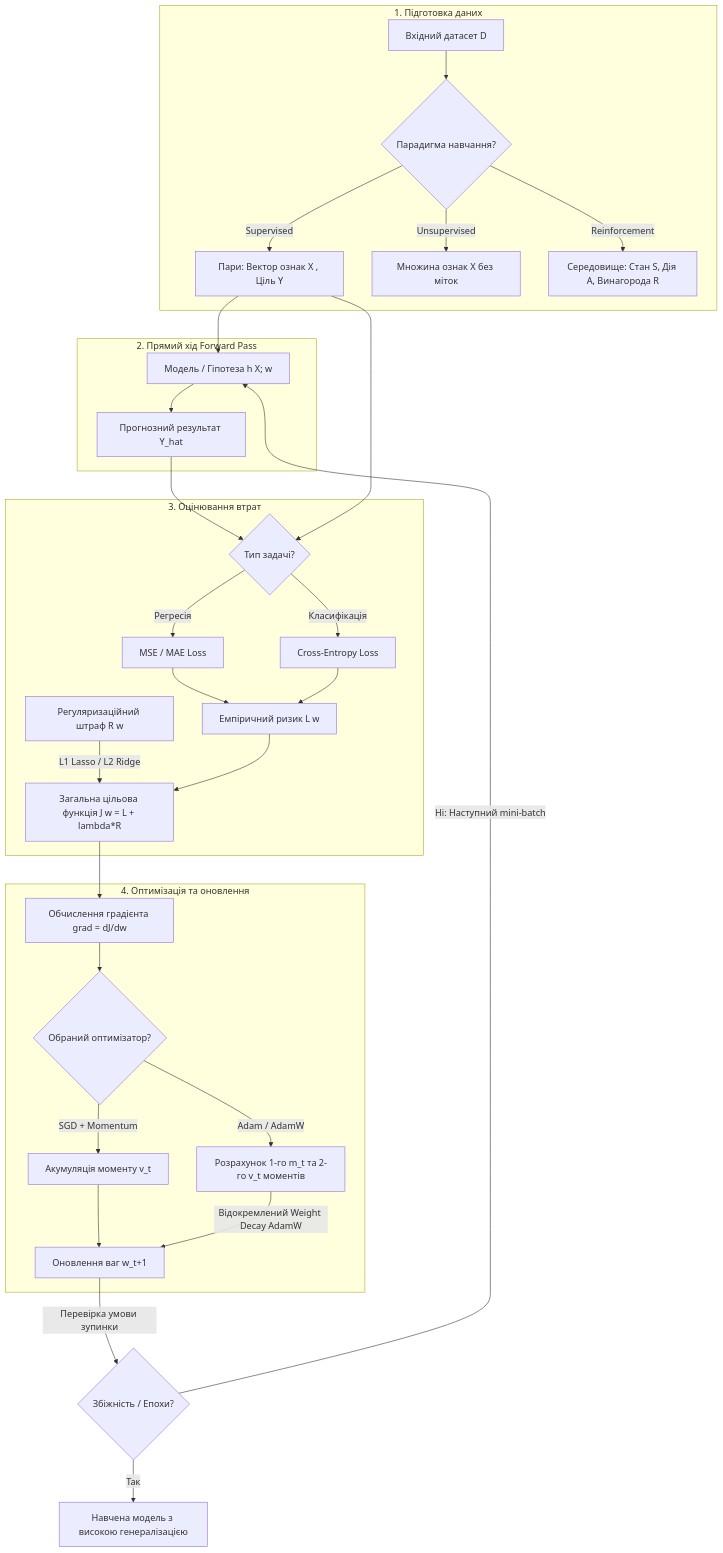
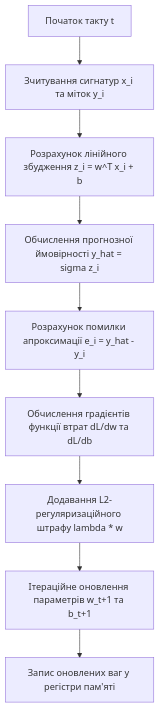
One commit to KyryloVadurin/computational-processes-ai changed the sixth of 6 diagrams in docs/lk/lk6.md. Above: the diagram before and after it, drawn with Mermaid. The commit also changed other lines of this file, not shown here.

````diff
--- a/docs/lk/lk6.md
+++ b/docs/lk/lk6.md
@@ -160,40 +558,11 @@
 ```mermaid
 flowchart TD
-    subgraph Data_Pipeline [1. Підготовка даних]
-        A[Вхідний датасет D] --> B{Парадигма навчання?}
-        B -->|Supervised| C[Пари: Вектор ознак X , Ціль Y]
-        B -->|Unsupervised| D[Множина ознак X без міток]
-        B -->|Reinforcement| E[Середовище: Стан S, Дія A, Винагорода R]
-    end
-
-    subgraph Forward_Pass [2. Прямий хід Forward Pass]
-        C --> F[Модель / Гіпотеза h X; w]
-        F --> G[Прогнозний результат Y_hat]
-    end
-
-    subgraph Loss_Evaluation [3. Оцінювання втрат]
-        G & C --> H{Тип задачі?}
-        H -->|Регресія| I[MSE / MAE Loss]
-        H -->|Класифікація| J[Cross-Entropy Loss]
-        
-        I & J --> K[Емпіричний ризик L w]
-        
-        L_Reg[Регуляризаційний штраф R w] -->|L1 Lasso / L2 Ridge| M[Загальна цільова функція J w = L + lambda*R]
-        K --> M
-    end
-
-    subgraph Backward_Pass [4. Оптимізація та оновлення]
-        M --> N[Обчислення градієнта grad = dJ/dw]
-        N --> O{Обраний оптимізатор?}
-        
-        O -->|SGD + Momentum| P[Акумуляція моменту v_t]
-        O -->|Adam / AdamW| Q[Розрахунок 1-го m_t та 2-го v_t моментів]
-        
-        P --> R[Оновлення ваг w_t+1]
-        Q -->|Відокремлений Weight Decay AdamW| R
-    end
-
-    R -->|Перевірка умови зупинки| S{Збіжність / Епохи?}
-    S -->|Ні: Наступний mini-batch| F
-    S -->|Так| T[Навчена модель з високою генералізацією]
+    A[Початок такту t] --> B[Зчитування сигнатур x_i та міток y_i]
+    B --> C[Розрахунок лінійного збудження z_i = w^T x_i + b]
+    C --> D[Обчислення прогнозної ймовірності y_hat = sigma z_i]
+    D --> E[Розрахунок помилки апроксимації e_i = y_hat - y_i]
+    E --> F[Обчислення градієнтів функції втрат dL/dw та dL/db]
+    F --> G[Додавання L2-регуляризаційного штрафу lambda * w]
+    G --> H[Ітераційне оновлення параметрів w_t+1 та b_t+1]
+    H --> I[Запис оновлених ваг у регістри пам'яті]
 ```
````
